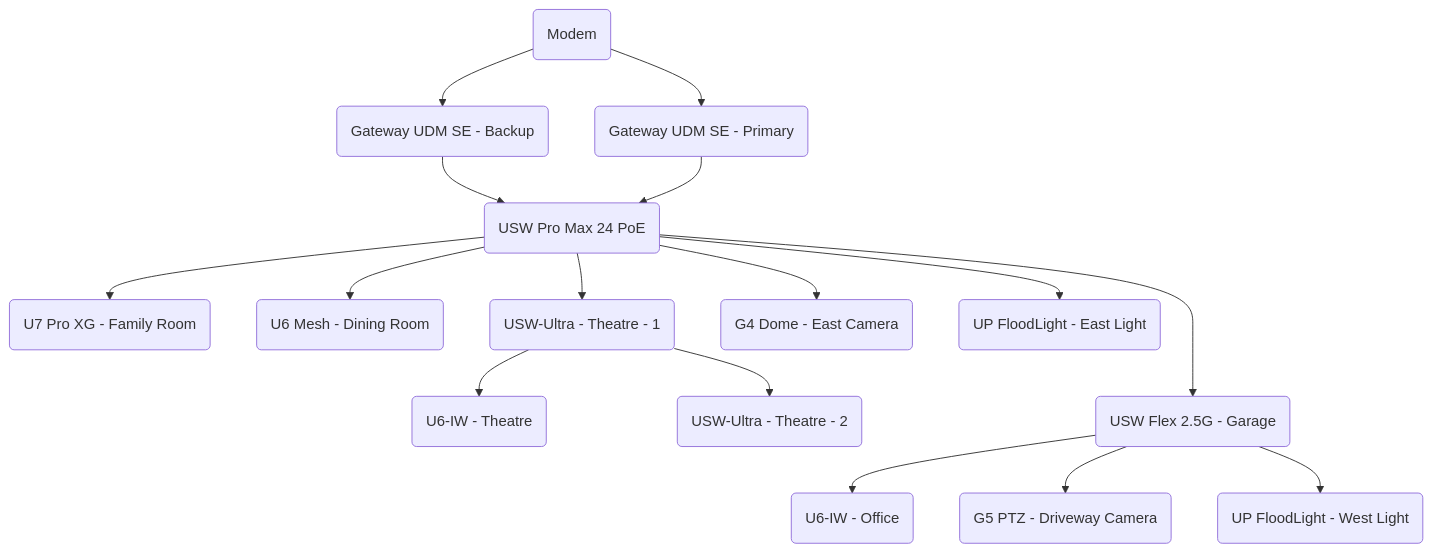
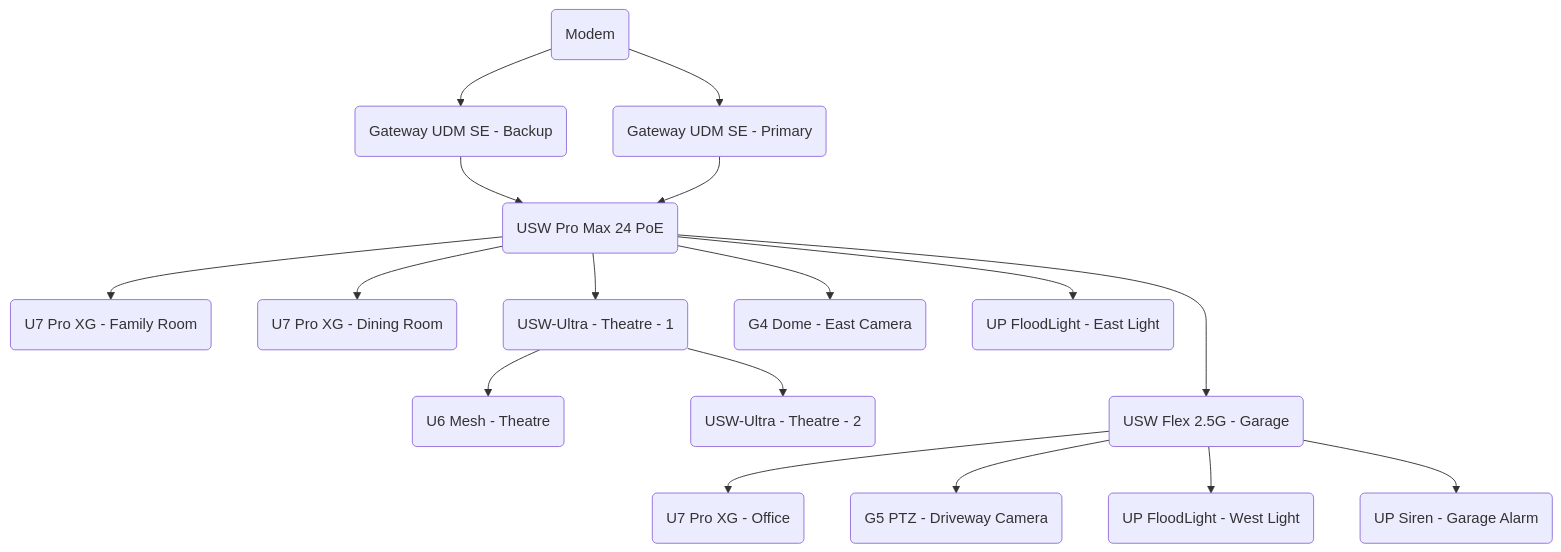
The third of 3 diagrams in README.md (jaredfiorali/infrastructure), drawn with Mermaid before and after one commit. The commit also changed other lines of this file, not shown here.

````diff
--- a/README.md
+++ b/README.md
@@ -188,18 +189,19 @@
 ```mermaid
 graph TD
     A(Modem) --> B(Gateway UDM SE - Backup)
     A(Modem) --> C(Gateway UDM SE - Primary)
     B(Gateway UDM SE - Backup) --> D(USW Pro Max 24 PoE)
     C(Gateway UDM SE - Primary) --> D(USW Pro Max 24 PoE)
     D(USW Pro Max 24 PoE) --> E(U7 Pro XG - Family Room)
-    D(USW Pro Max 24 PoE) --> F(U6 Mesh - Dining Room)
+    D(USW Pro Max 24 PoE) --> F(U7 Pro XG - Dining Room)
     D(USW Pro Max 24 PoE) --> G(USW-Ultra - Theatre)
-    G(USW-Ultra - Theatre) --> H(U6-IW - Theatre)
+    G(USW-Ultra - Theatre) --> H(U6 Mesh - Theatre)
     G(USW-Ultra - Theatre - 1) --> O(USW-Ultra - Theatre - 2)
     D(USW Pro Max 24 PoE) --> I(G4 Dome - East Camera)
     D(USW Pro Max 24 PoE) --> J(UP FloodLight - East Light)
     D(USW Pro Max 24 PoE) ---> K(USW Flex 2.5G - Garage)
-    K(USW Flex 2.5G - Garage) --> L(U6-IW - Office)
+    K(USW Flex 2.5G - Garage) --> L(U7 Pro XG - Office)
     K(USW Flex 2.5G - Garage) --> M(G5 PTZ - Driveway Camera)
     K(USW Flex 2.5G - Garage) --> N(UP FloodLight - West Light)
+    K(USW Flex 2.5G - Garage) --> P(UP Siren - Garage Alarm)
 ```
````
